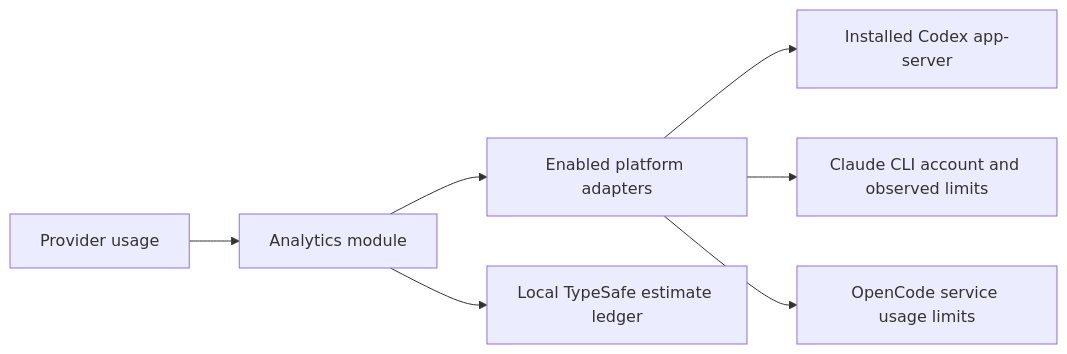
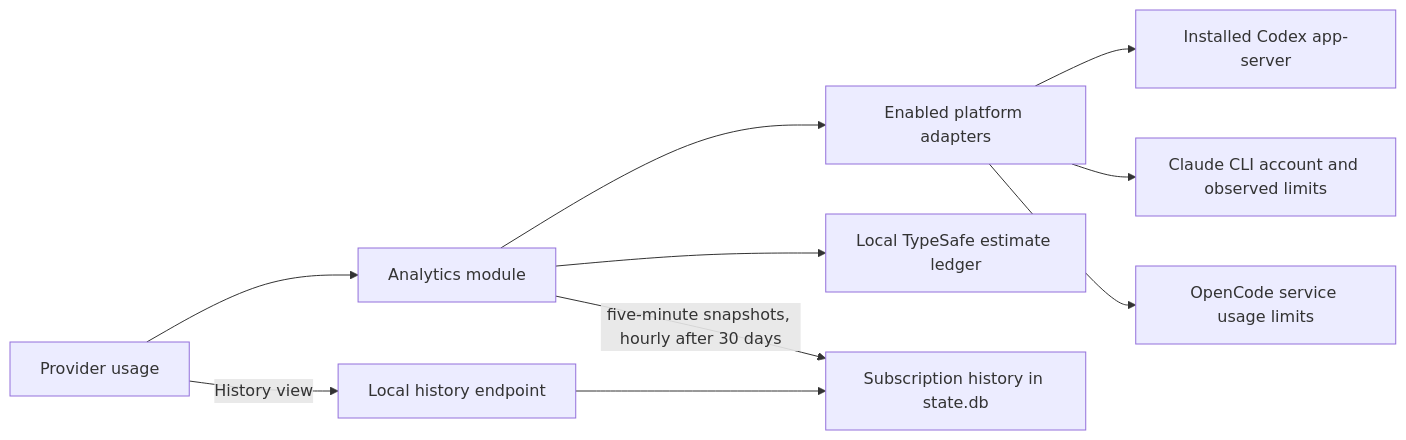
One commit to ocman/ocman changed the eighth of 23 diagrams in docs/other/architecture.md. Above: the diagram before and after it, drawn with Mermaid. The commit also changed other lines of this file and 18 other files, not shown here.

Commit message:
feat: sample subscription usage and retain hourly history

````diff
--- a/docs/other/architecture.md
+++ b/docs/other/architecture.md
@@ -441,9 +455,12 @@
 ```mermaid
 flowchart LR
     UI[Provider usage] --> Analytics[Analytics module]
     Analytics --> Registry[Enabled platform adapters]
     Registry --> Codex[Installed Codex app-server]
     Registry --> Claude[Claude CLI account and observed limits]
     Registry --> OpenCode[OpenCode service usage limits]
     Analytics --> Ledger[Local TypeSafe estimate ledger]
+    Analytics -->|five-minute snapshots, hourly after 30 days| History[Subscription history in state.db]
+    UI -->|History view| HistoryAPI[Local history endpoint]
+    HistoryAPI --> History
 ```
````
